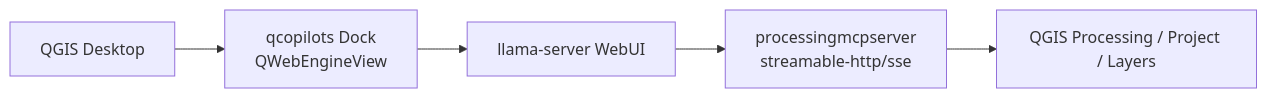
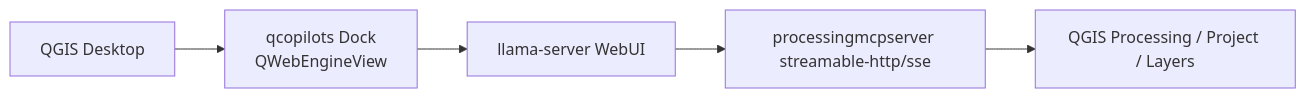
Before and after one commit to xiaobing318/QGIS: the first of 2 diagrams in python/plugins/processingmcpserver/README.md, drawn with Mermaid. The commit also changed other lines of this file, not shown here.

````diff
--- a/python/plugins/processingmcpserver/README.md
+++ b/python/plugins/processingmcpserver/README.md
@@ -275,7 +109,7 @@
 ```mermaid
 flowchart LR
     A[QGIS Desktop] --> B[qcopilots Dock\nQWebEngineView]
     B --> C[llama-server WebUI]
-    C --> D[processingmcpserver\nstreamable-http/sse]
+    C --> D[processingmcpserver streamable-http/sse]
     D --> E[QGIS Processing / Project / Layers]
 ```
````
